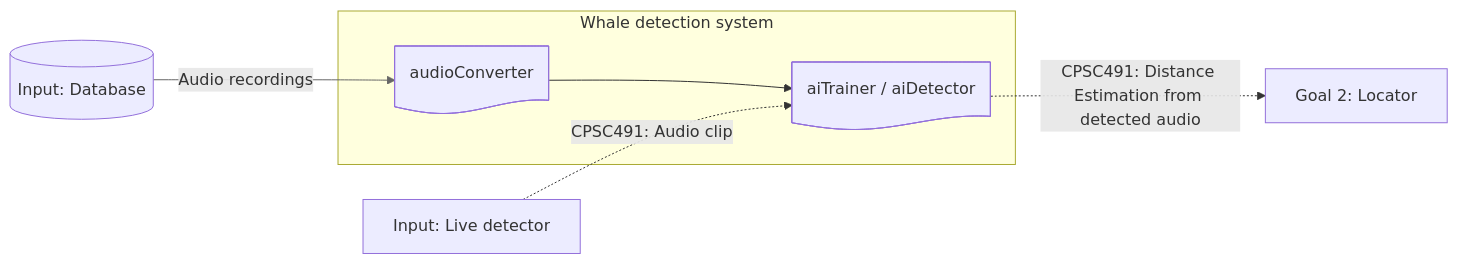
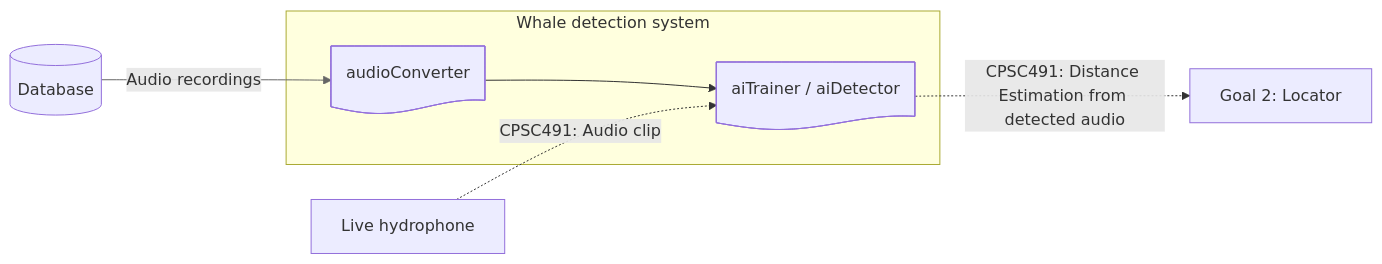
One commit to M-Kwatcher/CPSC490-G05-Fighting-Mongooses changed the first of 2 diagrams in docs/design/ai-detector-design.md. Above: the diagram before and after it, drawn with Mermaid. The commit also changed other lines of this file, not shown here.

Commit message:
Revised section #1
Changed the diagram to remove the "input:" label from database and hydrophone (formerly live detector) as these being inputs was implicit.

Added a description to the figure to described what was being shown

````diff
--- a/docs/design/ai-detector-design.md
+++ b/docs/design/ai-detector-design.md
@@ -13,15 +13,15 @@
 ```mermaid
 flowchart LR
  subgraph system["Whale detection system"]
         audioConverter["audioConverter"]
         aiDetector["aiTrainer / aiDetector"]
   end
     audioConverter --> aiDetector
-    database[("Input: Database")] -- Audio recordings --> audioConverter
+    database[("Database")] -- Audio recordings --> audioConverter
     aiDetector -. CPSC491: Distance Estimation from detected audio .-> locator["Goal 2: Locator"]
-    liveDetector["Input: Live detector"] -. CPSC491: Audio clip .-> aiDetector
+    liveDetector["Live hydrophone"] -. CPSC491: Audio clip .-> aiDetector
 
     audioConverter@{ shape: doc}
     aiDetector@{ shape: doc}
     linkStyle 1 stroke:#666,fill:none
 ```
````
